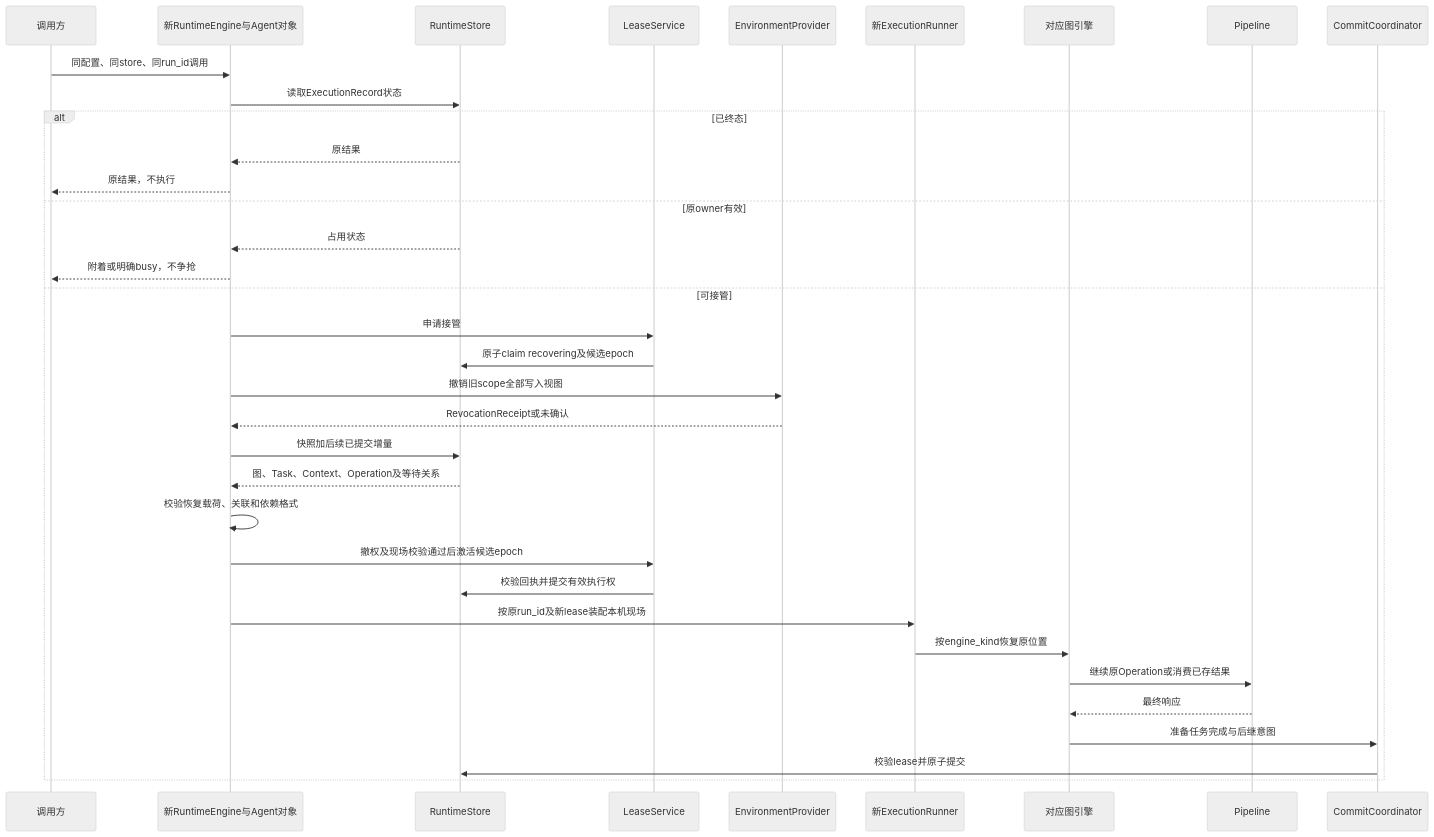
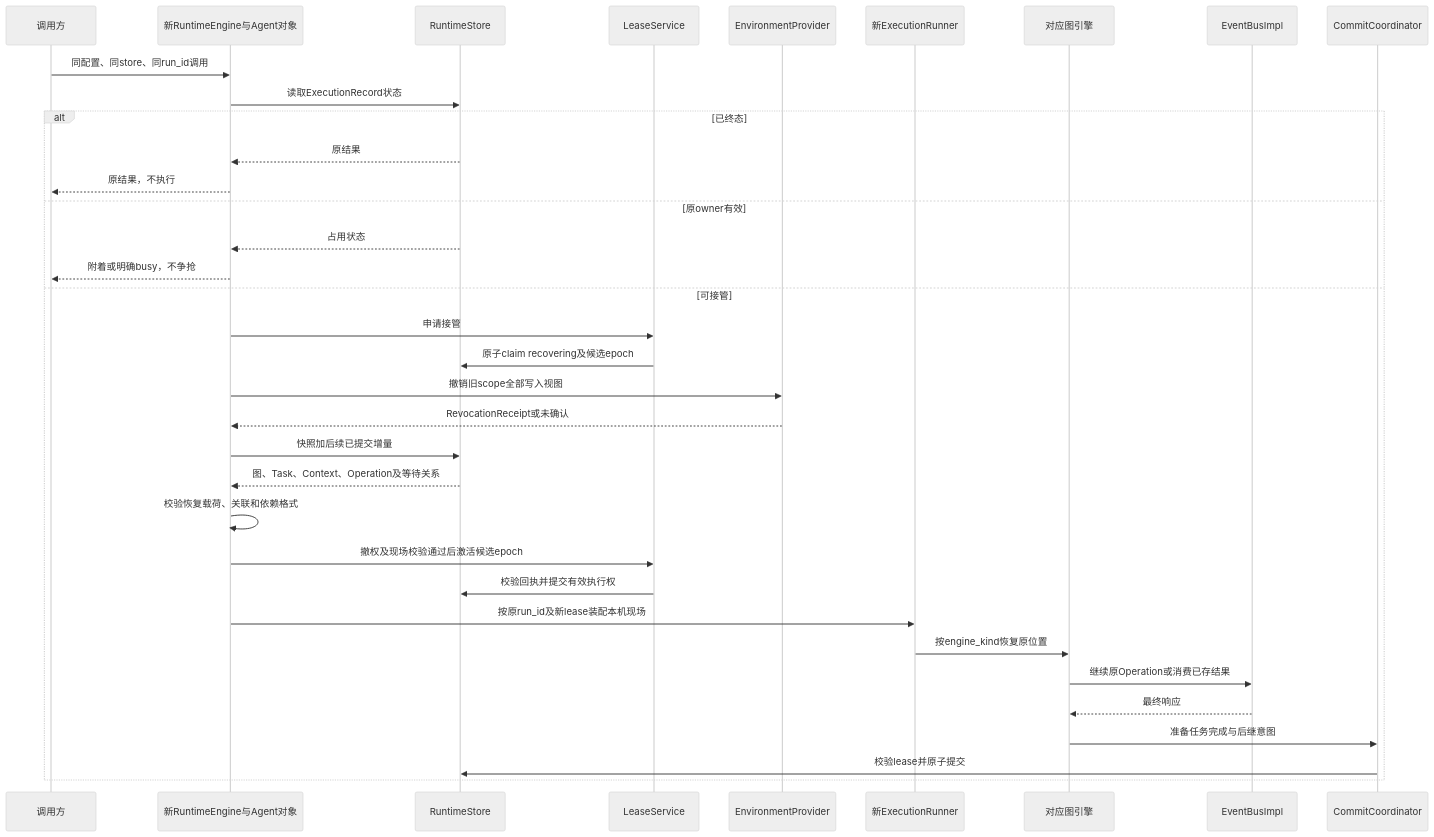
Before and after one commit to dujian0068/agent-loom: the ninth of 9 diagrams in docs/sdk/object-collaboration.md, drawn with Mermaid (neutral theme). The commit also changed other lines of this file and 15 other files, not shown here.

````diff
--- a/docs/sdk/object-collaboration.md
+++ b/docs/sdk/object-collaboration.md
@@ -574,37 +604,37 @@
 ```mermaid
 sequenceDiagram
     participant A as 调用方
     participant R as 新RuntimeEngine与Agent对象
     participant S as RuntimeStore
     participant L as LeaseService
     participant V as EnvironmentProvider
     participant X as 新ExecutionRunner
     participant E as 对应图引擎
-    participant P as Pipeline
+    participant P as EventBusImpl
     participant C as CommitCoordinator
     A->>R: 同配置、同store、同run_id调用
     R->>S: 读取ExecutionRecord状态
     alt 已终态
         S-->>R: 原结果
         R-->>A: 原结果，不执行
     else 原owner有效
         S-->>R: 占用状态
         R-->>A: 附着或明确busy，不争抢
     else 可接管
         R->>L: 申请接管
         L->>S: 原子claim recovering及候选epoch
         R->>V: 撤销旧scope全部写入视图
         V-->>R: RevocationReceipt或未确认
         R->>S: 快照加后续已提交增量
         S-->>R: 图、Task、Context、Operation及等待关系
         R->>R: 校验恢复载荷、关联和依赖格式
         R->>L: 撤权及现场校验通过后激活候选epoch
         L->>S: 校验回执并提交有效执行权
         R->>X: 按原run_id及新lease装配本机现场
         X->>E: 按engine_kind恢复原位置
         E->>P: 继续原Operation或消费已存结果
         P-->>E: 最终响应
         E->>C: 准备任务完成与后继意图
         C->>S: 校验lease并原子提交
     end
 ```
````
